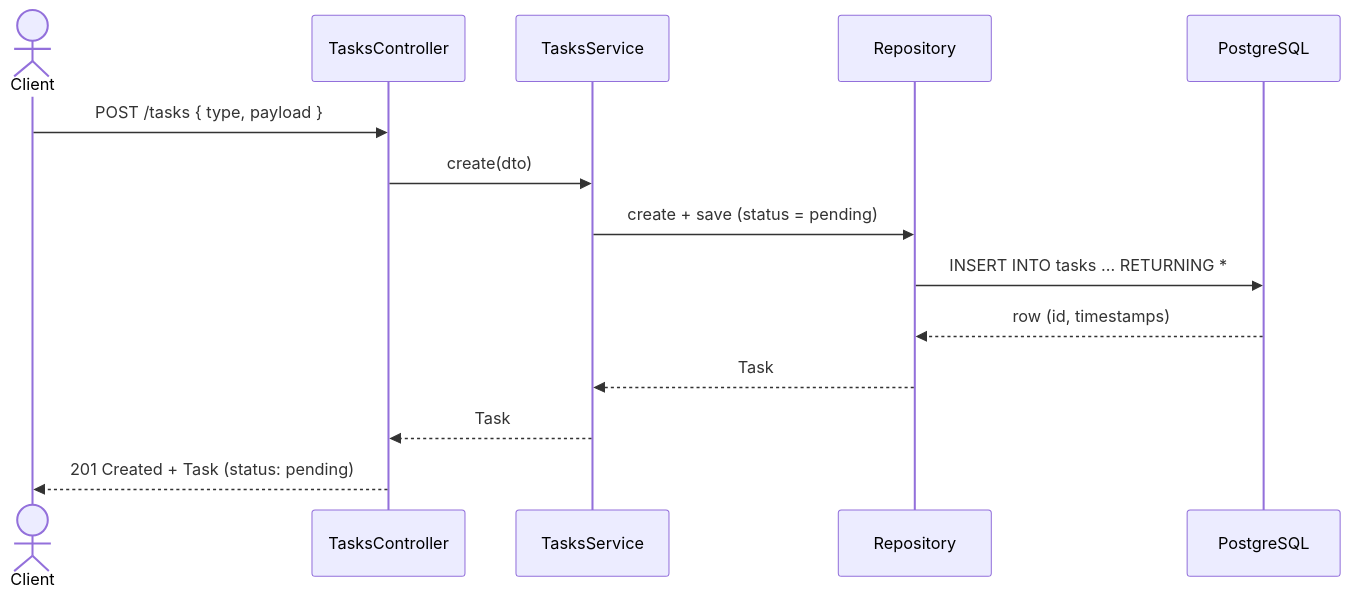
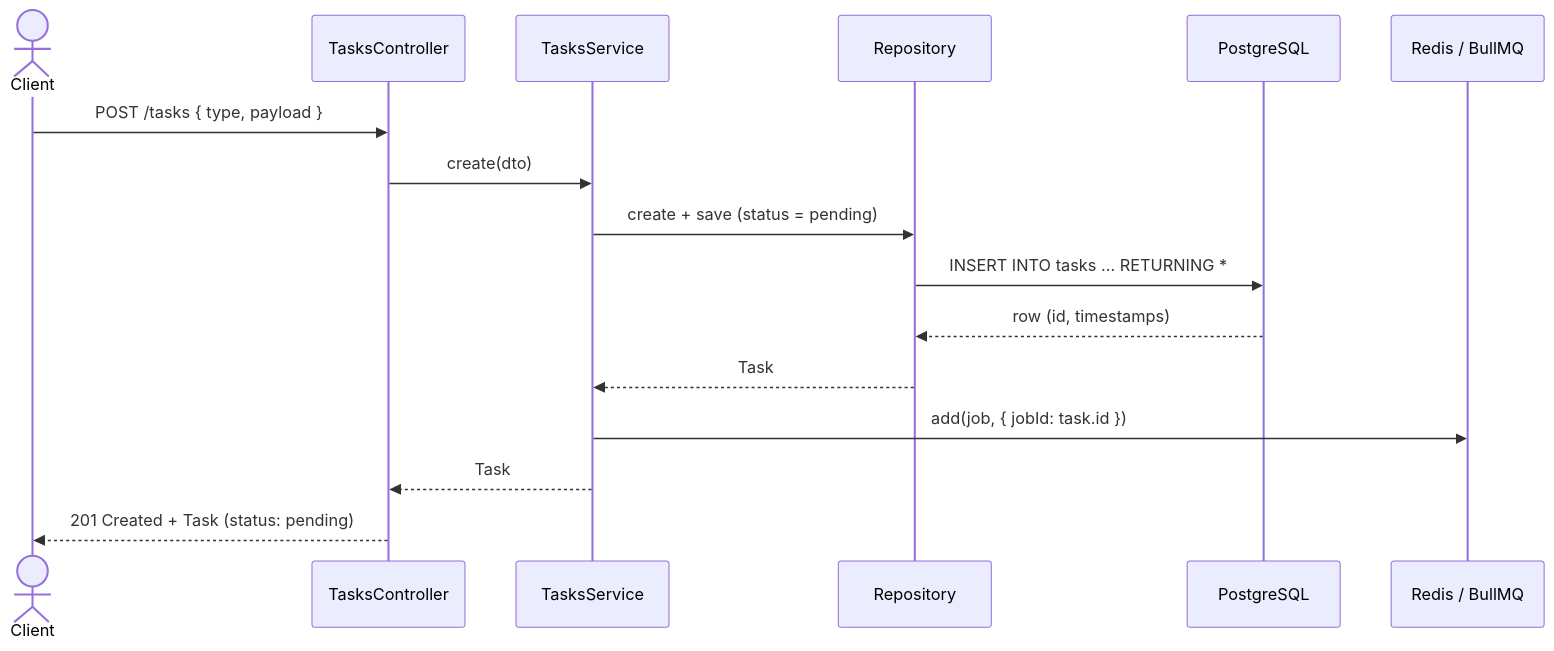
One commit to AnaMuraya/conveyor changed the second of 5 diagrams in docs/architecture.md. Above: the diagram before and after it, drawn with Mermaid. The commit also changed other lines of this file and 22 other files, not shown here.

````diff
--- a/docs/architecture.md
+++ b/docs/architecture.md
@@ -53,17 +64,19 @@
 ```mermaid
 sequenceDiagram
   actor Client
   participant C as TasksController
   participant S as TasksService
   participant R as Repository
   participant DB as PostgreSQL
+  participant Q as Redis / BullMQ
 
   Client->>C: POST /tasks { type, payload }
   C->>S: create(dto)
   S->>R: create + save (status = pending)
   R->>DB: INSERT INTO tasks ... RETURNING *
   DB-->>R: row (id, timestamps)
   R-->>S: Task
+  S->>Q: add(job, { jobId: task.id })
   S-->>C: Task
   C-->>Client: 201 Created + Task (status: pending)
 ```
````
